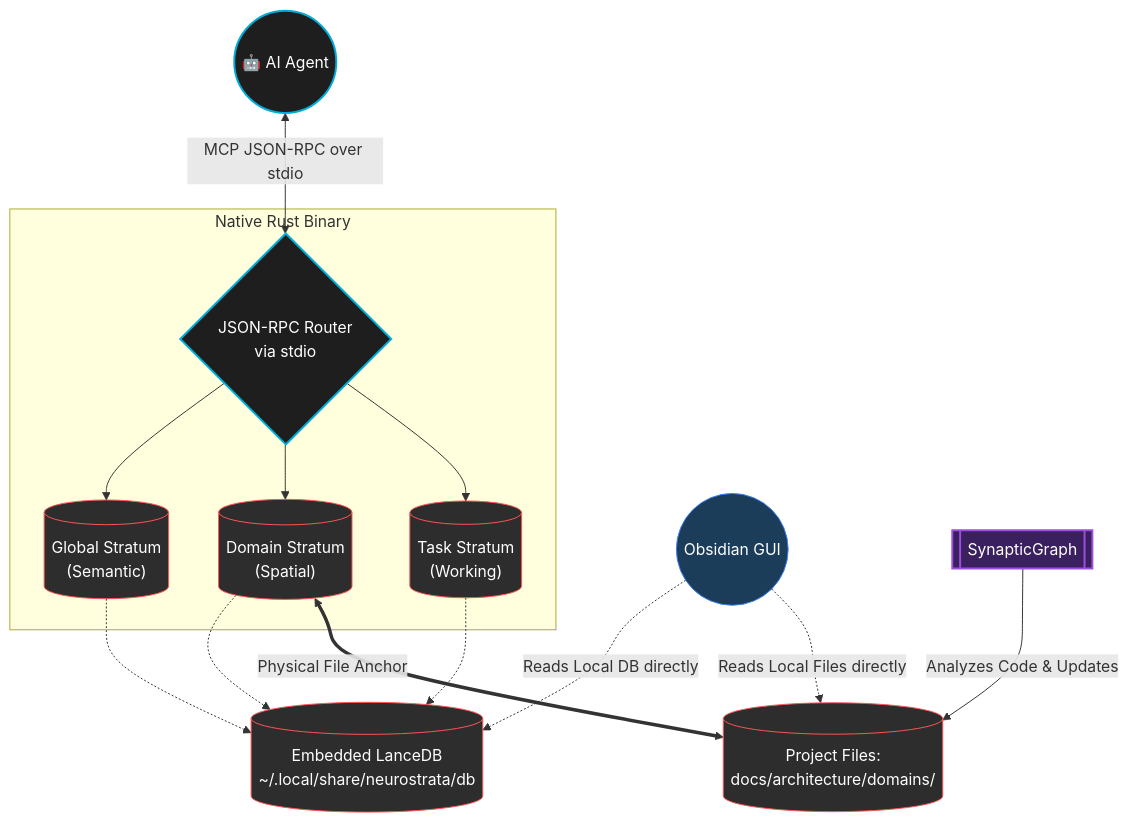
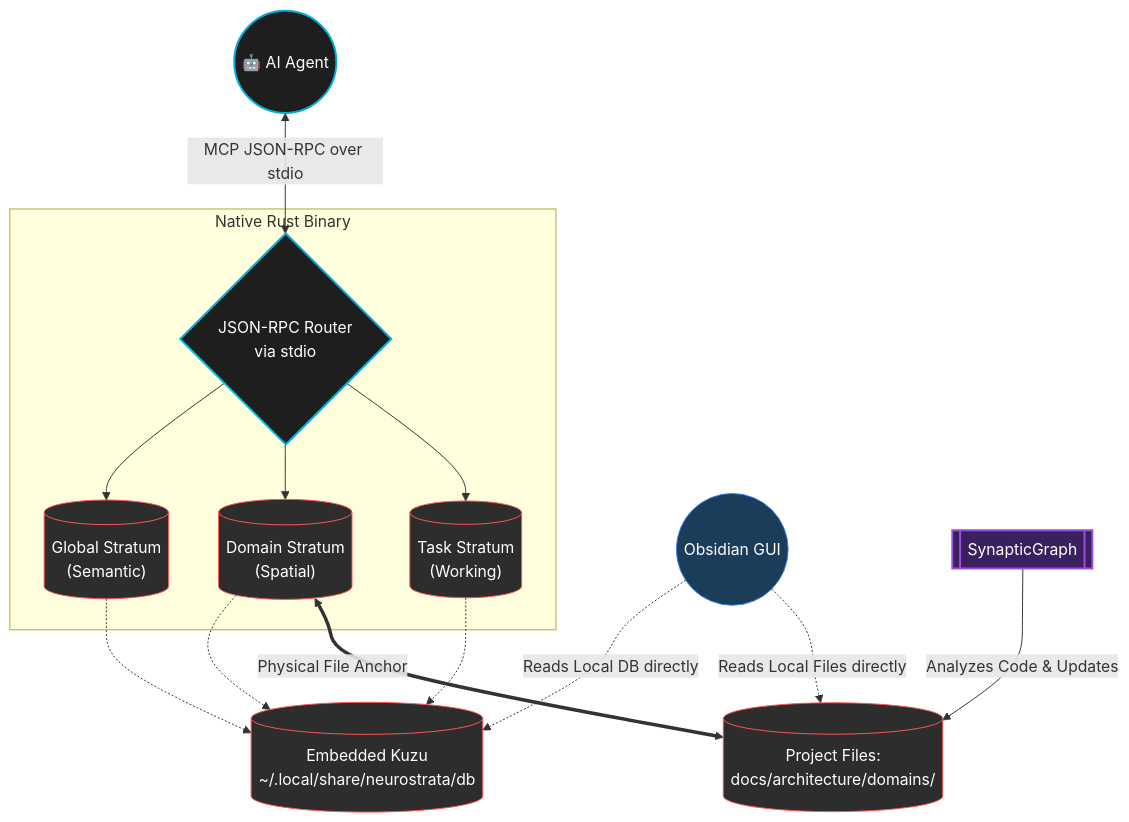
The diagram in README.md (Cognilogical/NeuroStrata), drawn with Mermaid before and after one commit. The commit also changed other lines of this file and 9 other files, not shown here.

Commit message:
chore: remove all traces of LanceDB and update references to Kuzu

````diff
--- a/README.md
+++ b/README.md
@@ -72,42 +72,42 @@
 ```mermaid
 graph TD
     Agent((🤖 AI Agent))
     
     subgraph NeuroStrata MCP Server [Native Rust Binary]
         Router{JSON-RPC Router<br/>via stdio}
         
         Tier1[("Global Stratum<br/>(Semantic)")]
         Tier2[("Domain Stratum<br/>(Spatial)")]
         Tier3[("Task Stratum<br/>(Working)")]
     end
     
-    LanceDB[(Embedded LanceDB<br/>~/.local/share/neurostrata/db)]
+    Kuzu[(Embedded Kuzu<br/>~/.local/share/neurostrata/db)]
     PointerWiki[(Project Files:<br/>docs/architecture/domains/)]
     Obsidian((Obsidian GUI))
     SynapticGraph[[SynapticGraph]]
     
     Agent <-->|MCP JSON-RPC over stdio| Router
     Router --> Tier1
     Router --> Tier2
     Router --> Tier3
     
-    Tier1 -.-> LanceDB
-    Tier2 -.-> LanceDB
-    Tier3 -.-> LanceDB
+    Tier1 -.-> Kuzu
+    Tier2 -.-> Kuzu
+    Tier3 -.-> Kuzu
     
     Tier2 <==>|Physical File Anchor| PointerWiki
     SynapticGraph -->|Analyzes Code & Updates| PointerWiki
     
-    Obsidian -.->|Reads Local DB directly| LanceDB
+    Obsidian -.->|Reads Local DB directly| Kuzu
     Obsidian -.->|Reads Local Files directly| PointerWiki
 
     classDef core fill:#1e1e1e,stroke:#00ADD8,stroke-width:2px,color:#fff;
     classDef memory fill:#2d2d2d,stroke:#ff5555,stroke-width:1px,color:#fff;
     classDef engine fill:#3a205e,stroke:#9d4edd,stroke-width:2px,color:#fff;
     classDef tool fill:#1c3d5a,stroke:#3b82f6,stroke-width:1px,color:#fff;
     
     class Agent,Router core;
-    class Tier1,Tier2,Tier3,LanceDB,PointerWiki memory;
+    class Tier1,Tier2,Tier3,Kuzu,PointerWiki memory;
     class SynapticGraph engine;
     class Obsidian tool;
 ```
````
